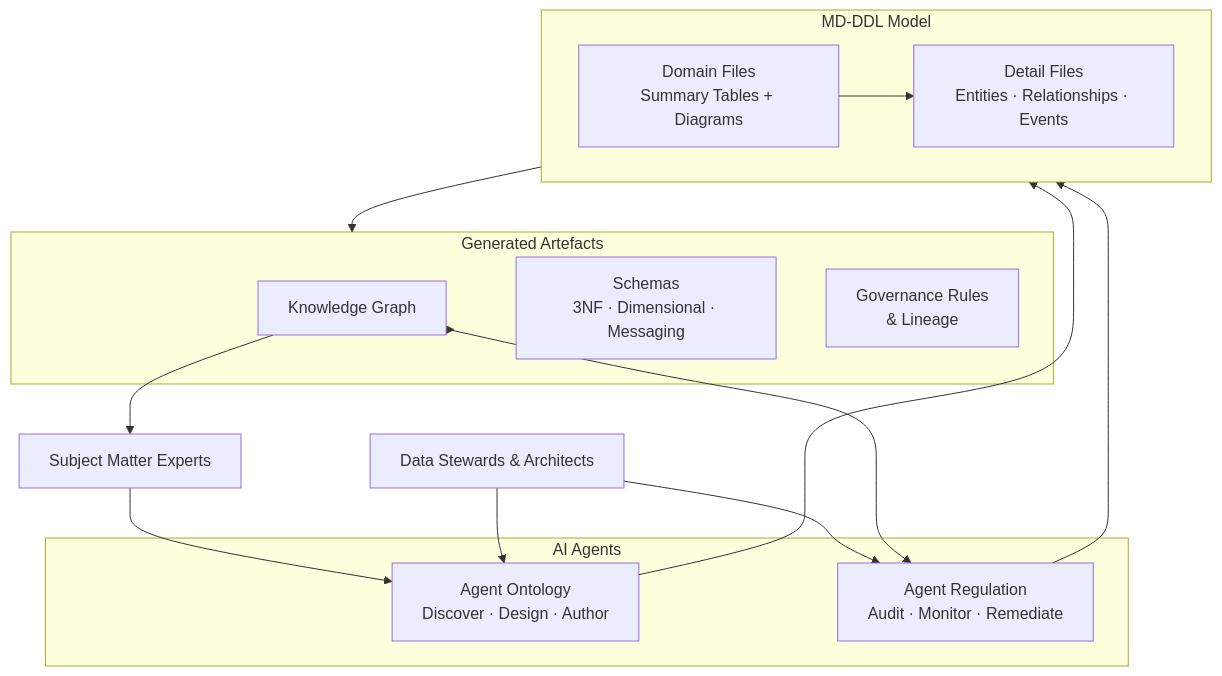
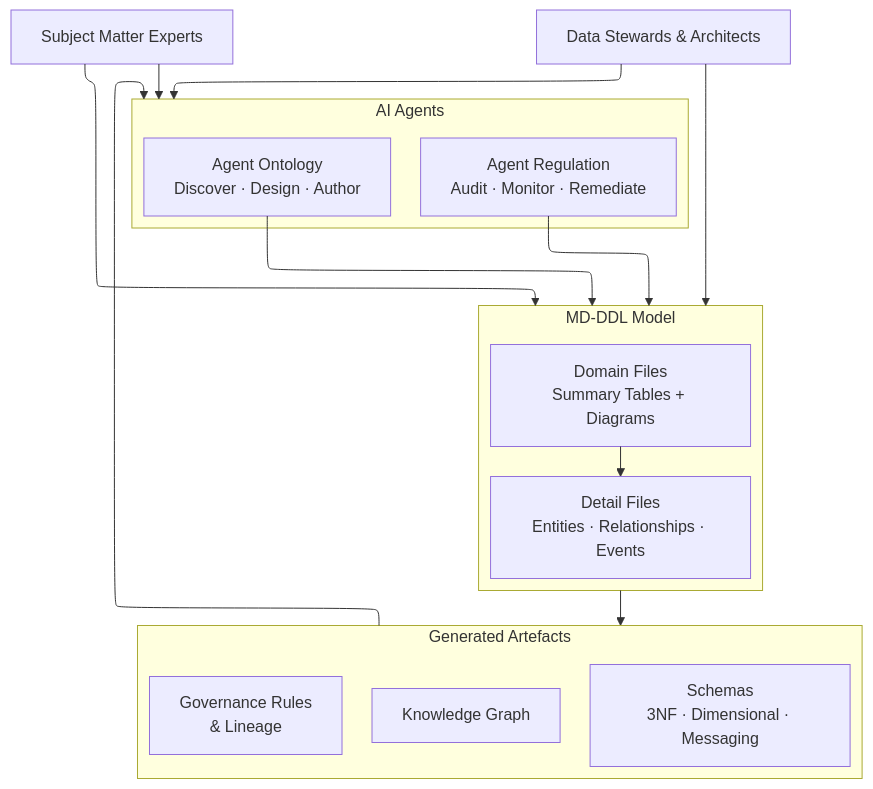
The diagram in README.md (Semprini/md-ddl), drawn with Mermaid before and after one commit. The commit also changed other lines of this file, not shown here.

Commit message:
Updated readme with agentic flows.

````diff
--- a/README.md
+++ b/README.md
@@ -23,32 +23,35 @@
 ```mermaid
+---
+config:
+  layout: elk
+---
 flowchart TD
     SME[Subject Matter Experts]
     Stewards[Data Stewards & Architects]
 
-    subgraph Agents["AI Agents"]
-        AO[Agent Ontology\nDiscover · Design · Author]
-        AR[Agent Regulation\nAudit · Monitor · Remediate]
+    subgraph Model["MD-DDL Model"]
+        D[Domain Files<br/>Summary Tables + Diagrams]
+        E[Detail Files<br/>Entities · Relationships · Events]
+        D --> E
     end
 
-    subgraph Model["MD-DDL Model"]
-        D[Domain Files\nSummary Tables + Diagrams]
-        E[Detail Files\nEntities · Relationships · Events]
-        D --> E
+    subgraph Agents["AI Agents"]
+        AO["Agent Ontology<br/>Discover · Design · Author"]
+        AR["Agent Regulation<br/>Audit · Monitor · Remediate"]
     end
 
     subgraph Outputs["Generated Artefacts"]
         KG[Knowledge Graph]
-        SC[Schemas\n3NF · Dimensional · Messaging]
-        GV[Governance Rules\n& Lineage]
+        SC[Schemas<br/>3NF · Dimensional · Messaging]
+        GV[Governance Rules<br/>& Lineage]
     end
 
-    SME --> AO
-    Stewards --> AO
-    Stewards --> AR
+    Model --> Outputs
     AO --> Model
     AR --> Model
-    Model --> Outputs
-    Outputs --> KG
-    KG --> AR
-    KG --> SME
+    SME --> Agents
+    SME --> Model
+    Stewards --> Agents
+    Stewards --> Model
+    Outputs --> Agents
 ```
````
